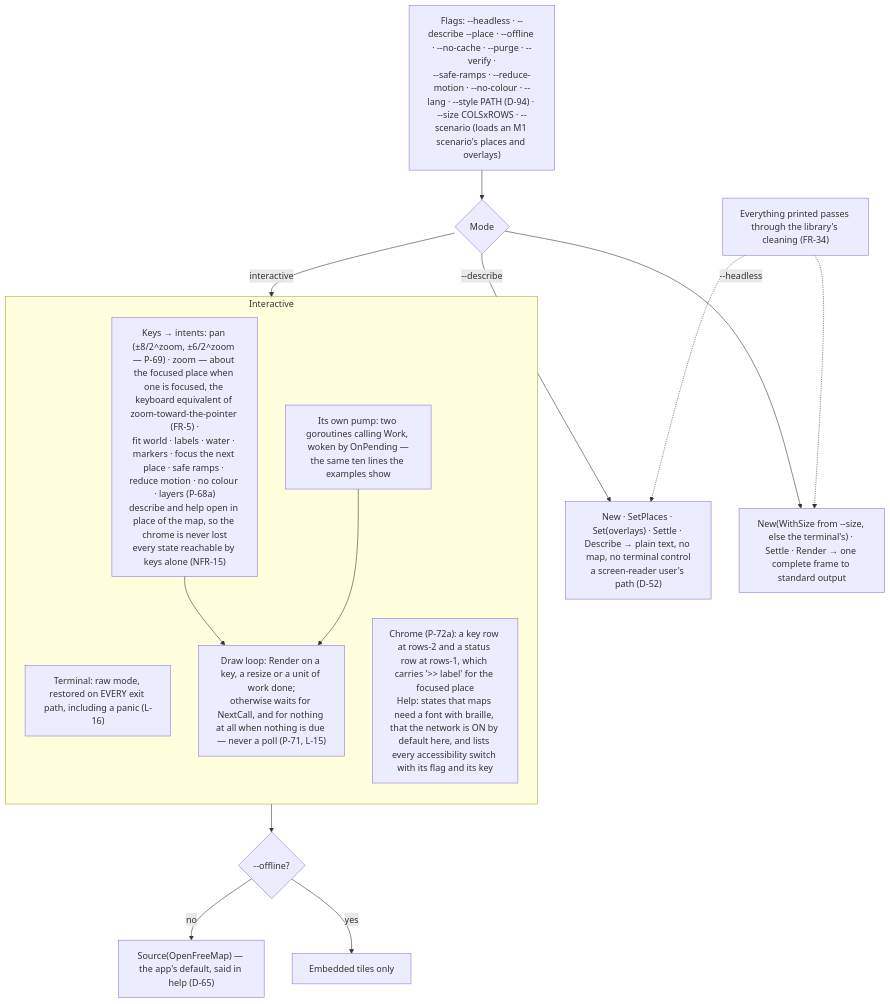
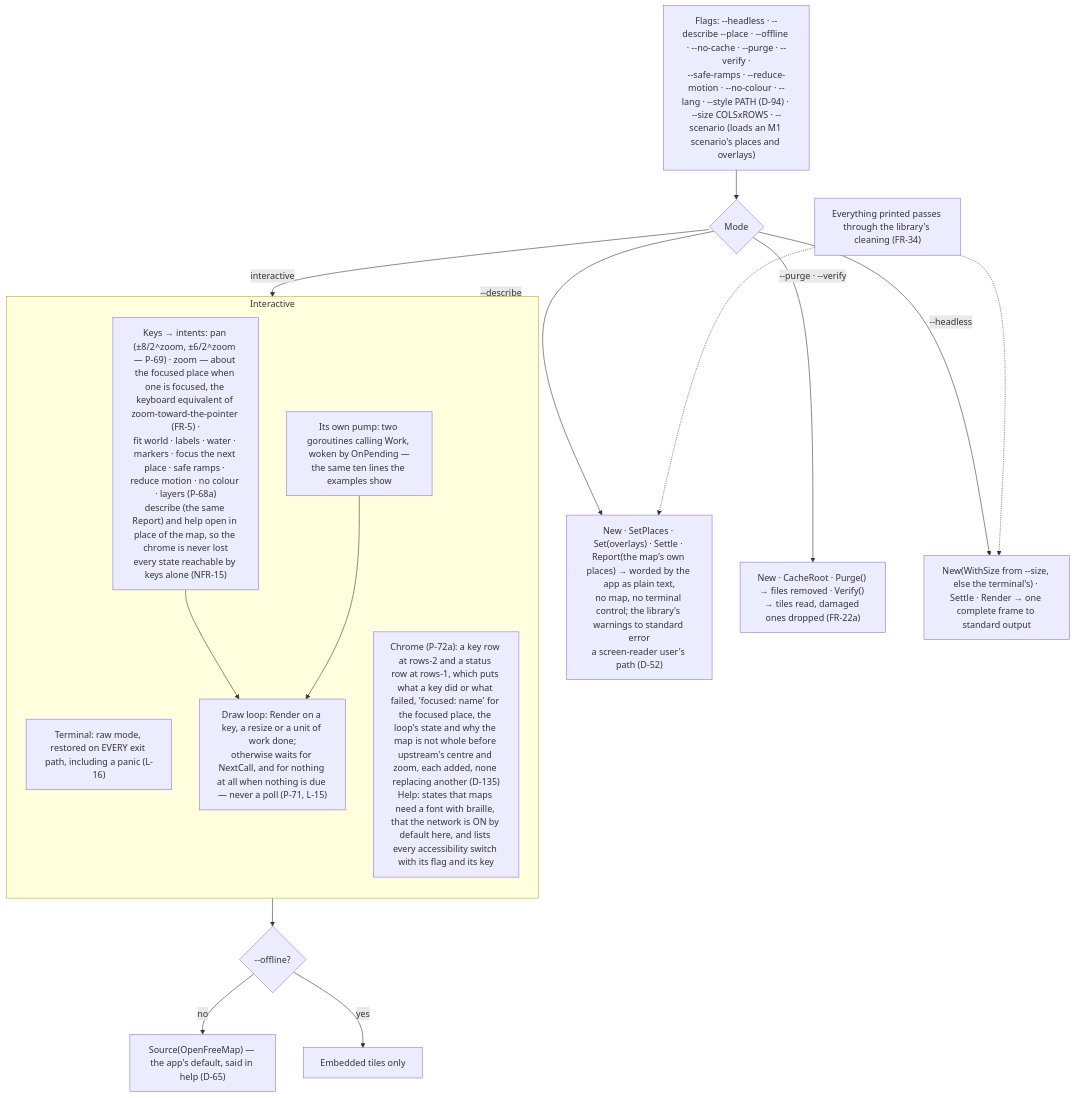
The diagram in 06_docs/02_features/go-tuimaps/03-architecture-design/L2-app.md (branden-thompson/go-tuimaps), drawn with Mermaid before and after one commit. The commit also changed other lines of this file and 544 other files, not shown here.

First line of the commit message:
go-tuiMaps v0.2.0: radar loops, and the library's first reviewed release (#3)

````diff
--- a/06_docs/02_features/go-tuimaps/03-architecture-design/L2-app.md
+++ b/06_docs/02_features/go-tuimaps/03-architecture-design/L2-app.md
@@ -7,23 +9,24 @@
 ```mermaid
 flowchart TB
     ARGS["Flags: --headless · --describe --place · --offline · --no-cache · --purge · --verify ·<br/>--safe-ramps · --reduce-motion · --no-colour · --lang · --style PATH (D-94) · --size COLSxROWS · --scenario (loads an M1 scenario's places and overlays)"] --> MODE{"Mode"}
-    MODE -- "--describe" --> D["New · SetPlaces · Set(overlays) · Settle · Describe → plain text, no map, no terminal control<br/>a screen-reader user's path (D-52)"]
+    MODE -- "--describe" --> D["New · SetPlaces · Set(overlays) · Settle · Report(the map's own places) → worded by the app as plain text,<br/>no map, no terminal control; the library's warnings to standard error<br/>a screen-reader user's path (D-52)"]
+    MODE -- "--purge · --verify" --> MNT["New · CacheRoot · Purge() → files removed · Verify() → tiles read, damaged ones dropped (FR-22a)"]
     MODE -- "--headless" --> HL["New(WithSize from --size, else the terminal's) · Settle · Render → one complete frame to standard output"]
     MODE -- "interactive" --> TUI
 
     subgraph TUI["Interactive"]
       direction TB
       TERM["Terminal: raw mode, restored on EVERY exit path, including a panic (L-16)"]
-      KEYS["Keys → intents: pan (±8/2^zoom, ±6/2^zoom — P-69) · zoom — about the focused place when one is focused, the keyboard equivalent of zoom-toward-the-pointer (FR-5) ·<br/>fit world · labels · water · markers · focus the next place · safe ramps · reduce motion · no colour · layers (P-68a)<br/>describe and help open in place of the map, so the chrome is never lost<br/>every state reachable by keys alone (NFR-15)"]
+      KEYS["Keys → intents: pan (±8/2^zoom, ±6/2^zoom — P-69) · zoom — about the focused place when one is focused, the keyboard equivalent of zoom-toward-the-pointer (FR-5) ·<br/>fit world · labels · water · markers · focus the next place · safe ramps · reduce motion · no colour · layers (P-68a)<br/>describe (the same Report) and help open in place of the map, so the chrome is never lost<br/>every state reachable by keys alone (NFR-15)"]
       LOOP["Draw loop: Render on a key, a resize or a unit of work done;<br/>otherwise waits for NextCall, and for nothing at all when nothing is due — never a poll (P-71, L-15)"]
       PUMP["Its own pump: two goroutines calling Work, woken by OnPending —<br/>the same ten lines the examples show"]
-      FOOT["Chrome (P-72a): a key row at rows-2 and a status row at rows-1, which carries '>> label' for the focused place<br/>Help: states that maps need a font with braille, that the network is ON by default here, and lists every accessibility switch with its flag and its key"]
+      FOOT["Chrome (P-72a): a key row at rows-2 and a status row at rows-1, which puts what a key did or what failed, 'focused: name' for the focused place, the loop's state and why the map is not whole before upstream's centre and zoom, each added, none replacing another (D-135)<br/>Help: states that maps need a font with braille, that the network is ON by default here, and lists every accessibility switch with its flag and its key"]
       KEYS --> LOOP
       PUMP --> LOOP
     end
     TUI --> NET{"--offline?"}
     NET -- no --> ON["Source(OpenFreeMap) — the app's default, said in help (D-65)"]
     NET -- yes --> OFF["Embedded tiles only"]
     OUTR["Everything printed passes through the library's cleaning (FR-34)"] -.-> D
     OUTR -.-> HL
 ```
````
